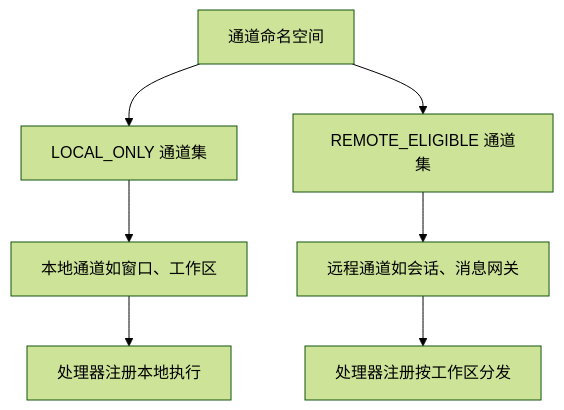
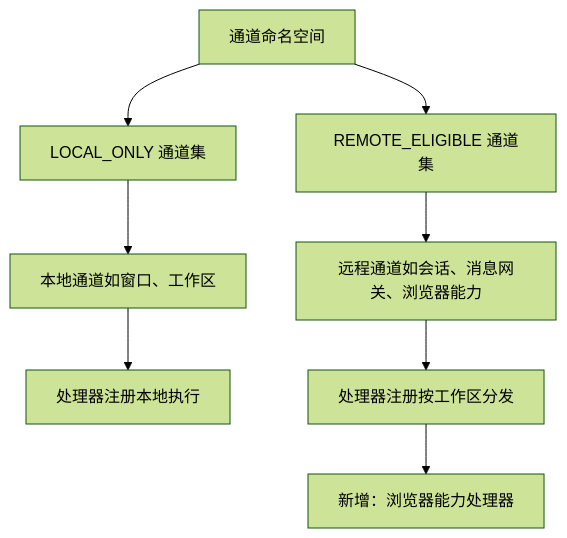
One commit to haolange/craft-agents-oss changed the fifth of 11 diagrams in .qoder/repowiki/zh/content/服务器架构/服务器核心/服务器核心.md. Above: the diagram before and after it, drawn with Mermaid (forest theme). The commit also changed other lines of this file and 5 other files, not shown here.

````diff
--- a/.qoder/repowiki/zh/content/服务器架构/服务器核心/服务器核心.md
+++ b/.qoder/repowiki/zh/content/服务器架构/服务器核心/服务器核心.md
@@ -204,9 +254,10 @@
 ```mermaid
 flowchart TD
 A["通道命名空间"] --> B["LOCAL_ONLY 通道集"]
 A --> C["REMOTE_ELIGIBLE 通道集"]
 B --> D["本地通道如窗口、工作区"]
-C --> E["远程通道如会话、消息网关"]
+C --> E["远程通道如会话、消息网关、浏览器能力"]
 D --> F["处理器注册本地执行"]
 E --> G["处理器注册按工作区分发"]
+G --> H["新增：浏览器能力处理器"]
 ```
````
